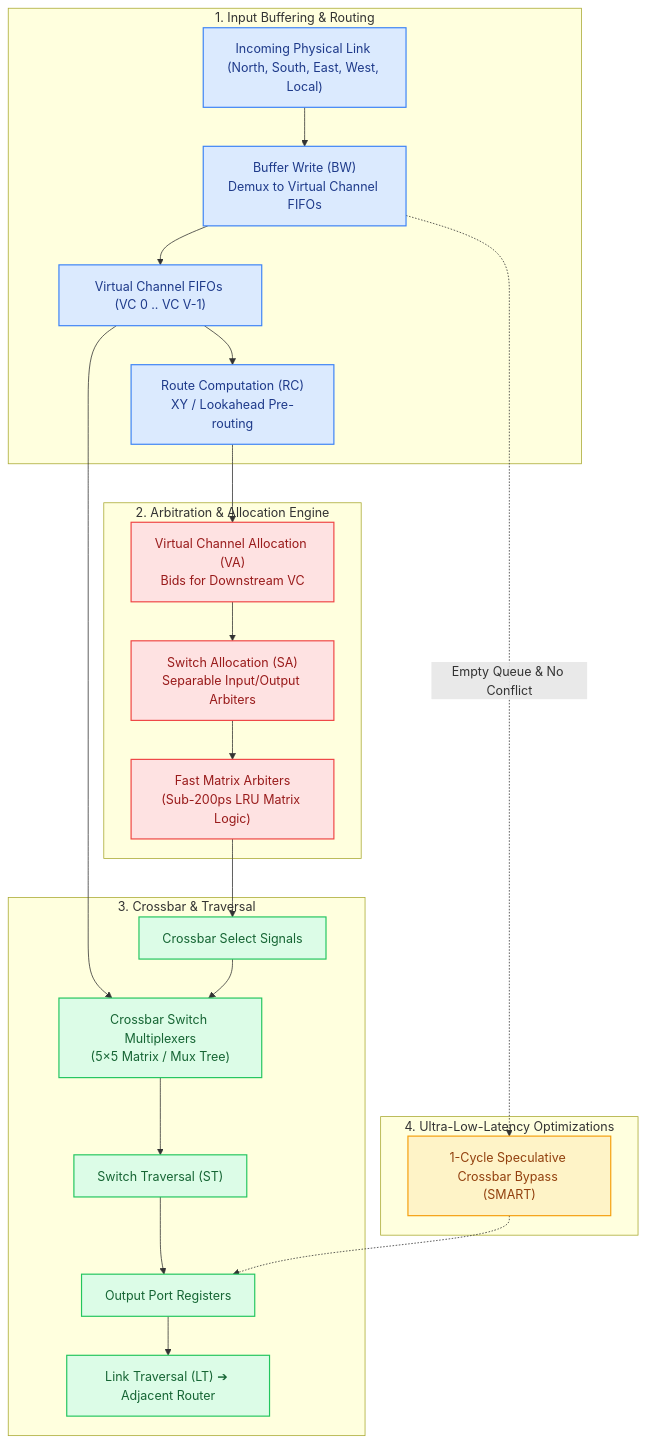
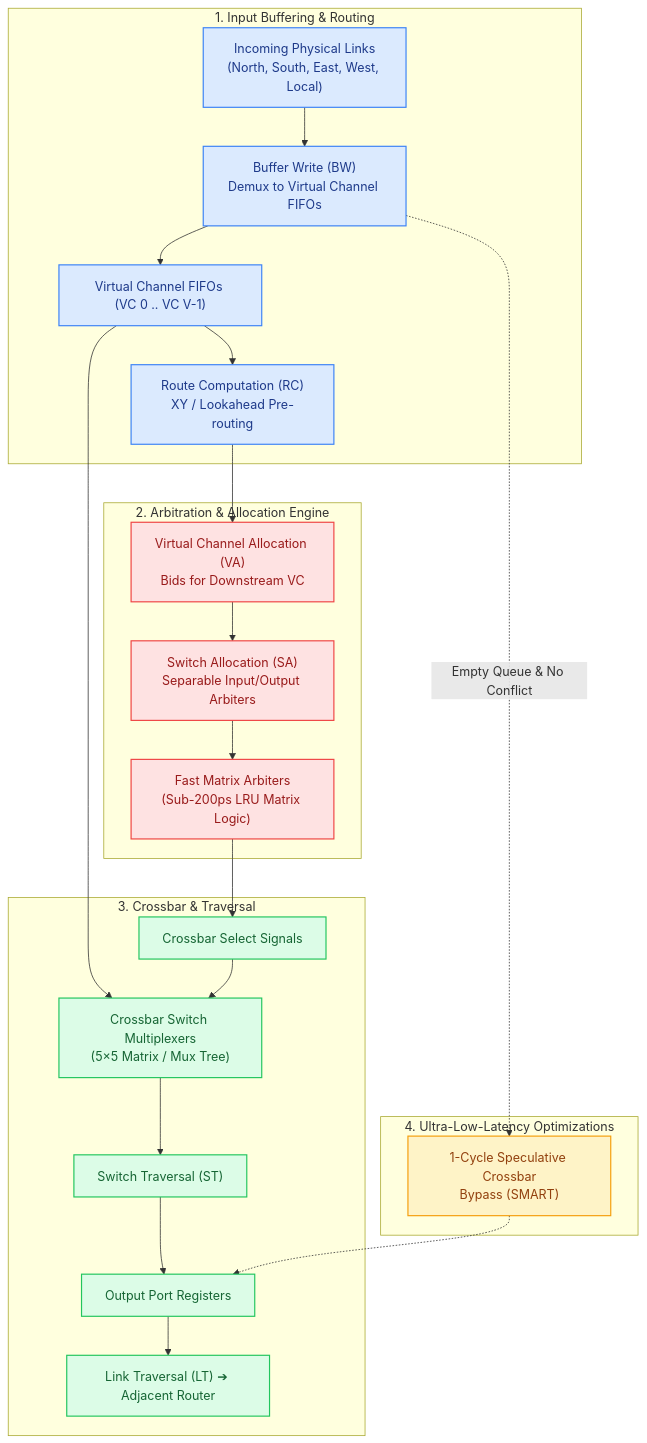
The diagram in docs/track2-router-architecture/index.md (network-on-chip/learning), drawn with Mermaid before and after one commit. The commit also changed 15 other files, not shown here.

Commit message:
docs: clean repository paths and wrap Mermaid flowchart node labels

````diff
--- a/docs/track2-router-architecture/index.md
+++ b/docs/track2-router-architecture/index.md
@@ -39,38 +39,38 @@
 ```mermaid
 graph TD
   subgraph Input_Unit ["1. Input Buffering & Routing"]
-    InLink["Incoming Physical Link (North, South, East, West, Local)"] --> BW["Buffer Write (BW)<br/>Demux to Virtual Channel FIFOs"]
+    InLink["Incoming Physical Links<br/>(North, South, East, West, Local)"] --> BW["Buffer Write (BW)<br/>Demux to Virtual Channel FIFOs"]
     BW --> VCFIFO["Virtual Channel FIFOs (VC 0 .. VC V-1)"]
     VCFIFO --> RC["Route Computation (RC)<br/>XY / Lookahead Pre-routing"]
   end
 
   subgraph Control_Allocation ["2. Arbitration & Allocation Engine"]
     RC --> VA["Virtual Channel Allocation (VA)<br/>Bids for Downstream VC"]
     VA --> SA["Switch Allocation (SA)<br/>Separable Input/Output Arbiters"]
     SA --> MatrixArb["Fast Matrix Arbiters<br/>(Sub-200ps LRU Matrix Logic)"]
   end
 
   subgraph Switch_Datapath ["3. Crossbar & Traversal"]
     MatrixArb --> XbarConfig["Crossbar Select Signals"]
     VCFIFO --> XbarMux["Crossbar Switch Multiplexers<br/>(5×5 Matrix / Mux Tree)"]
     XbarConfig --> XbarMux
     XbarMux --> ST["Switch Traversal (ST)"]
     ST --> OutLatch["Output Port Registers"]
     OutLatch --> LT["Link Traversal (LT) ➔ Adjacent Router"]
   end
 
   subgraph Bypass_Path ["4. Ultra-Low-Latency Optimizations"]
-    BW -.->|"Empty Queue & No Conflict"| SpecBypass["1-Cycle Speculative Crossbar Bypass (SMART)"]
+    BW -.->|"Empty Queue & No Conflict"| SpecBypass["1-Cycle Speculative Crossbar<br/>Bypass (SMART)"]
     SpecBypass -.-> OutLatch
   end
 
   classDef inunit fill:#dbeafe,stroke:#3b82f6,stroke-width:1.5px,color:#1e3a8a;
   classDef ctrl fill:#fee2e2,stroke:#ef4444,stroke-width:1.5px,color:#991b1b;
   classDef data fill:#dcfce7,stroke:#22c55e,stroke-width:1.5px,color:#166534;
   classDef bypass fill:#fef3c7,stroke:#f59e0b,stroke-width:1.5px,color:#92400e;
 
   class InLink,BW,VCFIFO,RC inunit;
   class VA,SA,MatrixArb ctrl;
   class XbarConfig,XbarMux,ST,OutLatch,LT data;
   class SpecBypass bypass;
 ```
````
